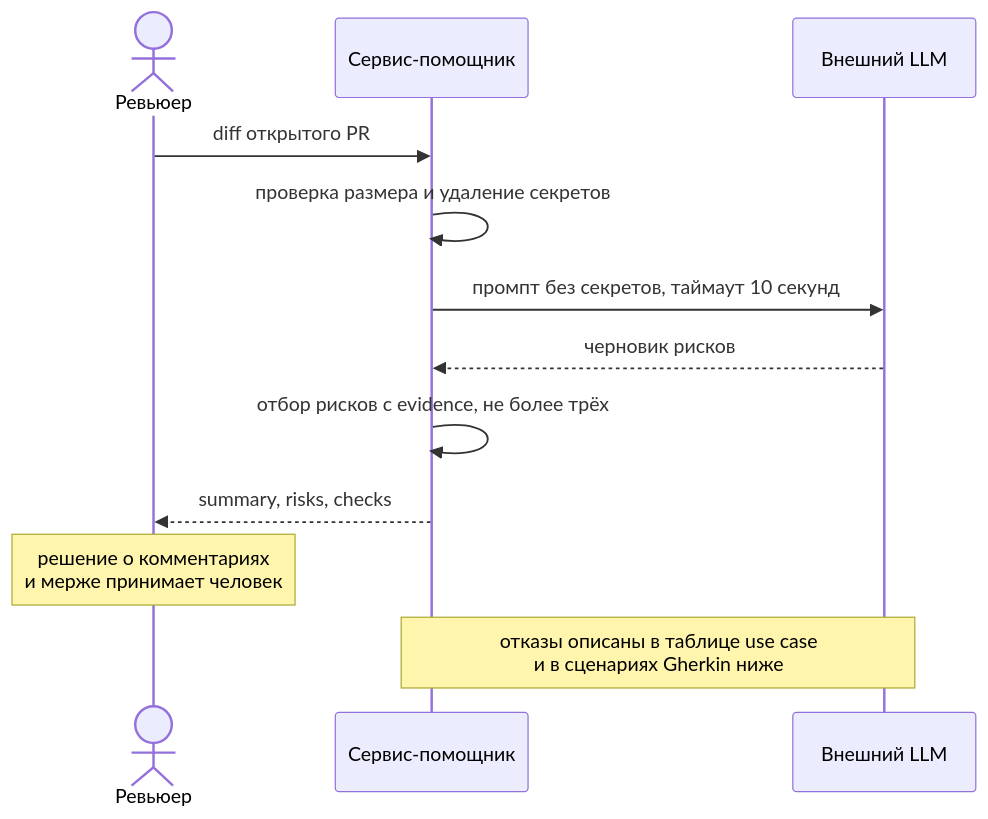
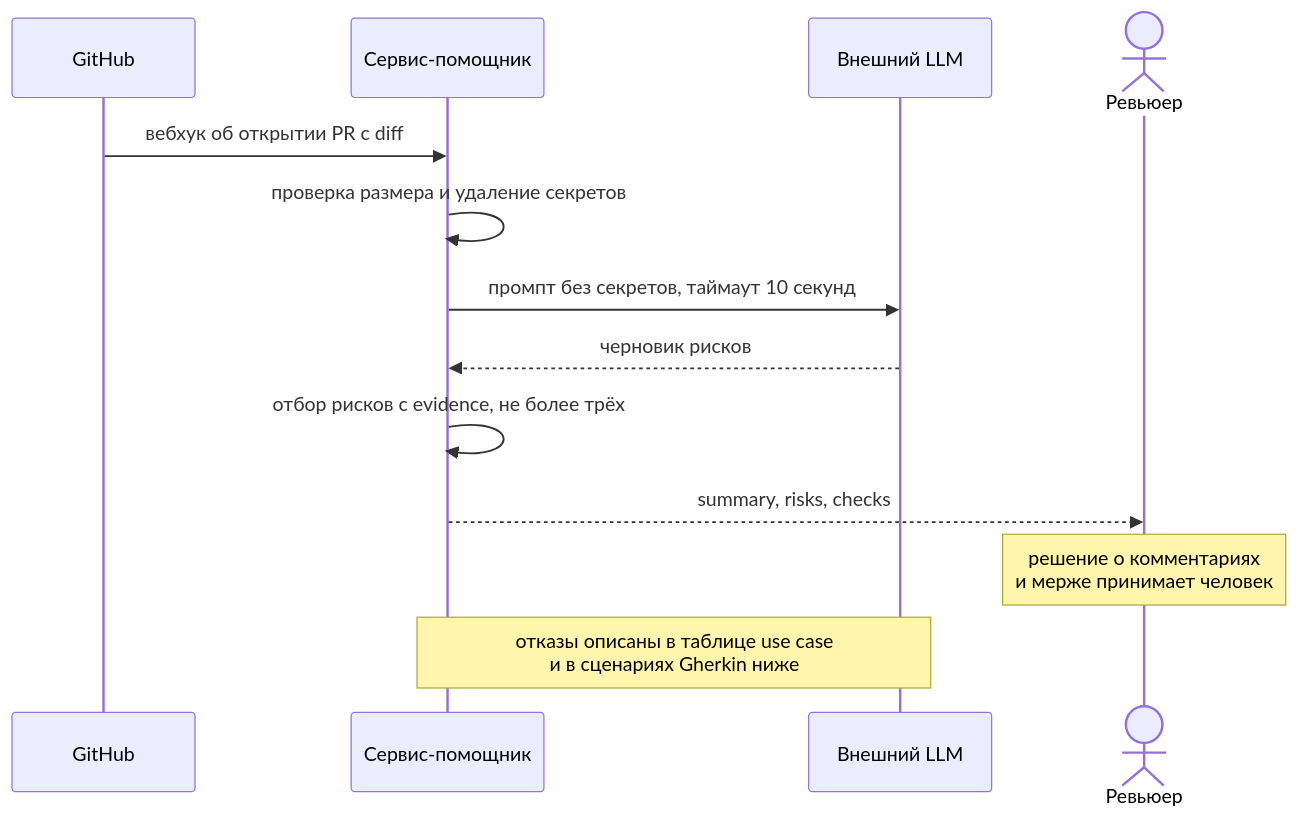
The diagram in practices/practice_01/product_management.md (ai-course-avito/ITMOv2), drawn with Mermaid before and after one commit. The commit also changed other lines of this file and 1 other file, not shown here.

````diff
--- a/practices/practice_01/product_management.md
+++ b/practices/practice_01/product_management.md
@@ -25,14 +25,15 @@
 ```mermaid
 sequenceDiagram
-    actor Reviewer as Ревьюер
+    participant GH as GitHub
     participant Service as Сервис-помощник
     participant LLM as Внешний LLM
-    Reviewer->>Service: diff открытого PR
+    actor Reviewer as Ревьюер
+    GH->>Service: вебхук об открытии PR с diff
     Service->>Service: проверка размера и удаление секретов
     Service->>LLM: промпт без секретов, таймаут 10 секунд
     LLM-->>Service: черновик рисков
     Service->>Service: отбор рисков с evidence, не более трёх
     Service-->>Reviewer: summary, risks, checks
     Note over Reviewer: решение о комментариях<br/>и мерже принимает человек
     Note over Service,LLM: отказы описаны в таблице use case<br/>и в сценариях Gherkin ниже
 ```
````
